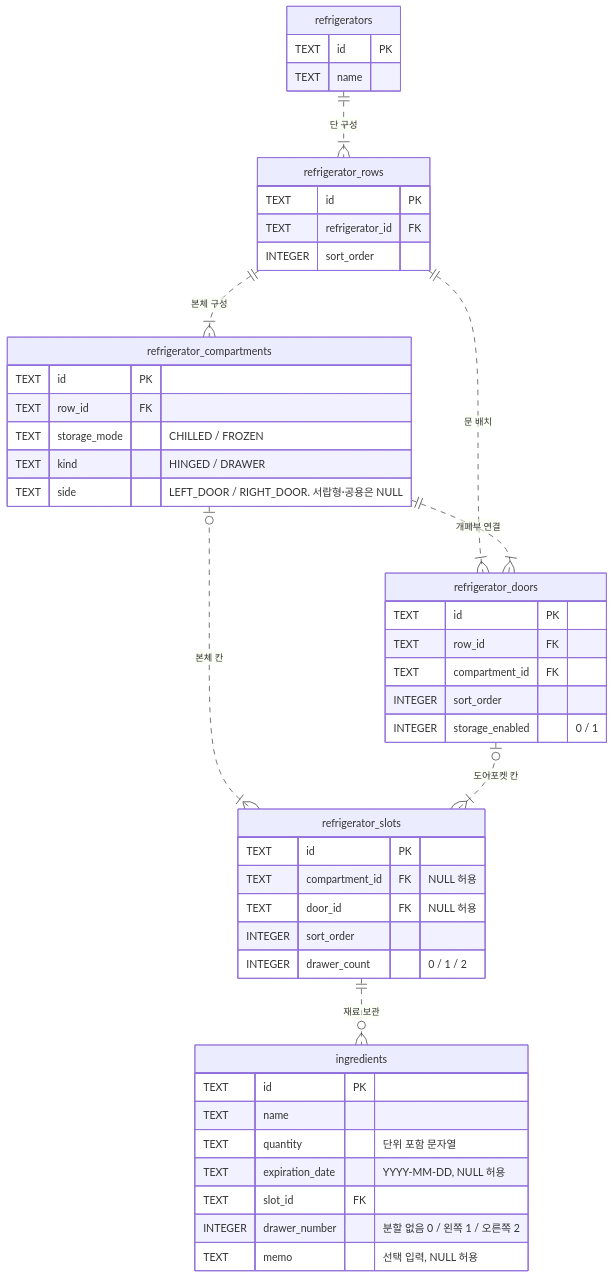
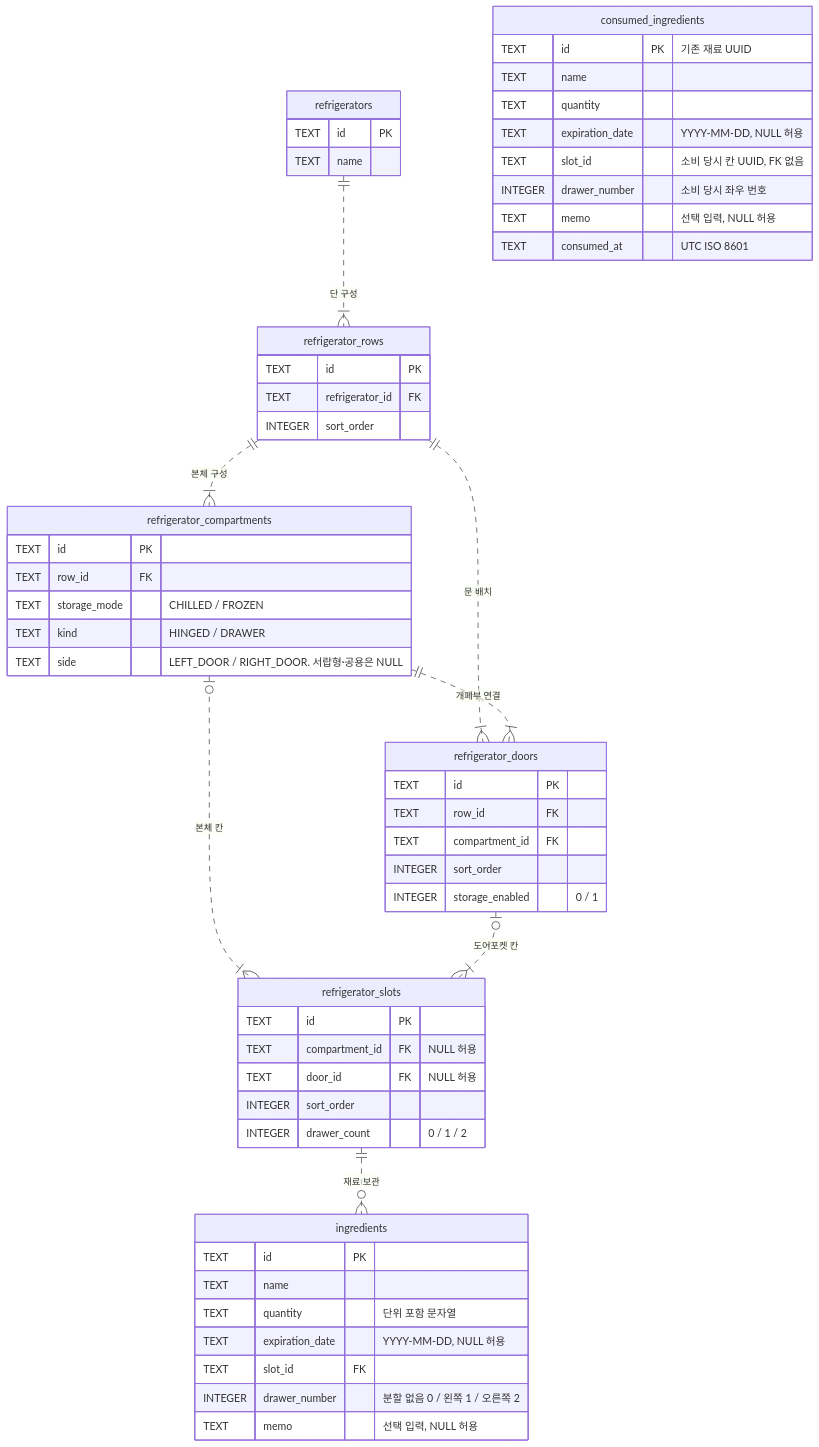
The diagram in docs/erd.md (maseungchul/fridge-manager-local-db), drawn with Mermaid before and after one commit. The commit also changed other lines of this file and 18 other files, not shown here.

````diff
--- a/docs/erd.md
+++ b/docs/erd.md
@@ -3,55 +3,66 @@
 ```mermaid
 erDiagram
     refrigerators ||..|{ refrigerator_rows : "단 구성"
     refrigerator_rows ||..|{ refrigerator_compartments : "본체 구성"
     refrigerator_rows ||..|{ refrigerator_doors : "문 배치"
     refrigerator_compartments ||..|{ refrigerator_doors : "개폐부 연결"
     refrigerator_compartments |o..|{ refrigerator_slots : "본체 칸"
     refrigerator_doors |o..|{ refrigerator_slots : "도어포켓 칸"
     refrigerator_slots ||..o{ ingredients : "재료 보관"
 
     refrigerators {
         TEXT id PK
         TEXT name
     }
 
     refrigerator_rows {
         TEXT id PK
         TEXT refrigerator_id FK
         INTEGER sort_order
     }
 
     refrigerator_compartments {
         TEXT id PK
         TEXT row_id FK
         TEXT storage_mode "CHILLED / FROZEN"
         TEXT kind "HINGED / DRAWER"
         TEXT side "LEFT_DOOR / RIGHT_DOOR. 서랍형·공용은 NULL"
     }
 
     refrigerator_doors {
         TEXT id PK
         TEXT row_id FK
         TEXT compartment_id FK
         INTEGER sort_order
         INTEGER storage_enabled "0 / 1"
     }
 
     refrigerator_slots {
         TEXT id PK
         TEXT compartment_id FK "NULL 허용"
         TEXT door_id FK "NULL 허용"
         INTEGER sort_order
         INTEGER drawer_count "0 / 1 / 2"
     }
 
     ingredients {
         TEXT id PK
         TEXT name
         TEXT quantity "단위 포함 문자열"
         TEXT expiration_date "YYYY-MM-DD, NULL 허용"
         TEXT slot_id FK
         INTEGER drawer_number "분할 없음 0 / 왼쪽 1 / 오른쪽 2"
         TEXT memo "선택 입력, NULL 허용"
     }
+
+    consumed_ingredients {
+        TEXT id PK "기존 재료 UUID"
+        TEXT name
+        TEXT quantity
+        TEXT expiration_date "YYYY-MM-DD, NULL 허용"
+        TEXT slot_id "소비 당시 칸 UUID, FK 없음"
+        INTEGER drawer_number "소비 당시 좌우 번호"
+        TEXT memo "선택 입력, NULL 허용"
+        TEXT consumed_at "UTC ISO 8601"
+    }
 ```
````
